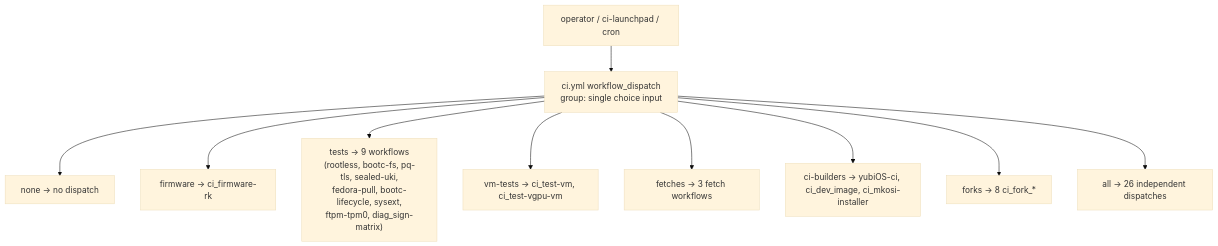
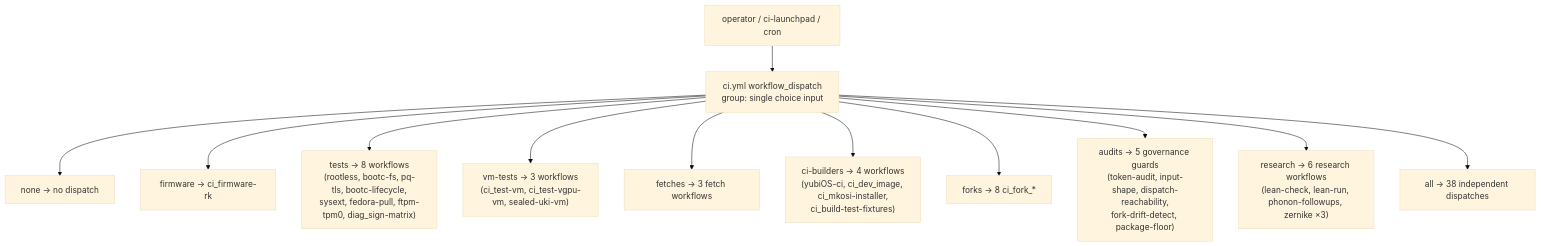
Before and after one commit to yubi-OS/yubiOS: the first of 11 diagrams in docs/CI_MAP.md, drawn with Mermaid (base theme). The commit also changed other lines of this file, not shown here.

Commit message:
docs: regenerate CI_MAP from main e46a3cb8 — audits/research groups live, tsl typo resolved, orphans fixed e46a3cb8

````diff
--- a/docs/CI_MAP.md
+++ b/docs/CI_MAP.md
@@ -246,12 +271,14 @@
 ```mermaid
 flowchart TD
     op["operator / ci-launchpad / cron"] --> ci["ci.yml workflow_dispatch\ngroup: single choice input"]
     ci --> g0["none → no dispatch"]
     ci --> g1["firmware → ci_firmware-rk"]
-    ci --> g2["tests → 9 workflows\n(rootless, bootc-fs, pq-tls, sealed-uki,\nfedora-pull, bootc-lifecycle, sysext,\nftpm-tpm0, diag_sign-matrix)"]
-    ci --> g3["vm-tests → ci_test-vm, ci_test-vgpu-vm"]
+    ci --> g2["tests → 8 workflows\n(rootless, bootc-fs, pq-tls, bootc-lifecycle,\nsysext, fedora-pull, ftpm-tpm0, diag_sign-matrix)"]
+    ci --> g3["vm-tests → 3 workflows\n(ci_test-vm, ci_test-vgpu-vm, sealed-uki-vm)"]
     ci --> g4["fetches → 3 fetch workflows"]
-    ci --> g5["ci-builders → yubiOS-ci, ci_dev_image, ci_mkosi-installer"]
+    ci --> g5["ci-builders → 4 workflows\n(yubiOS-ci, ci_dev_image, ci_mkosi-installer,\nci_build-test-fixtures)"]
     ci --> g6["forks → 8 ci_fork_*"]
-    ci --> g7["all → 26 independent dispatches"]
+    ci --> g7["audits → 5 governance guards\n(token-audit, input-shape, dispatch-reachability,\nfork-drift-detect, package-floor)"]
+    ci --> g8["research → 6 research workflows\n(lean-check, lean-run, phonon-followups, zernike ×3)"]
+    ci --> g9["all → 38 independent dispatches"]
 ```
````
